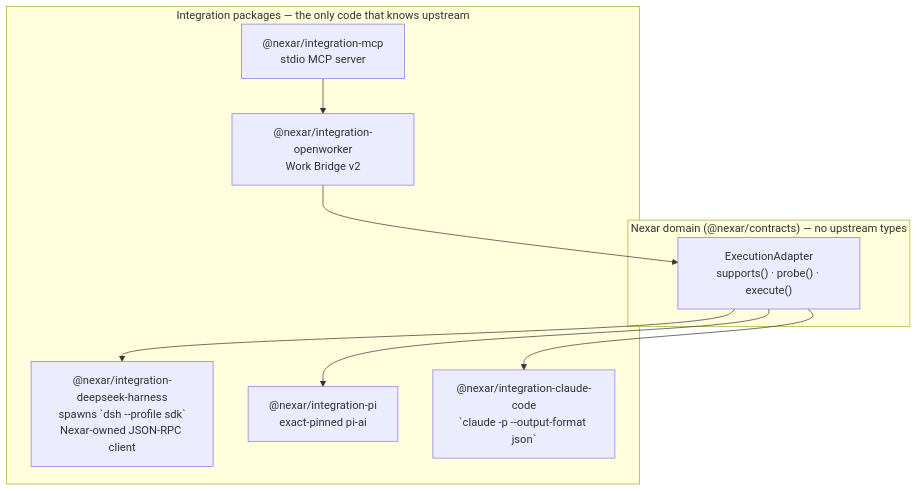
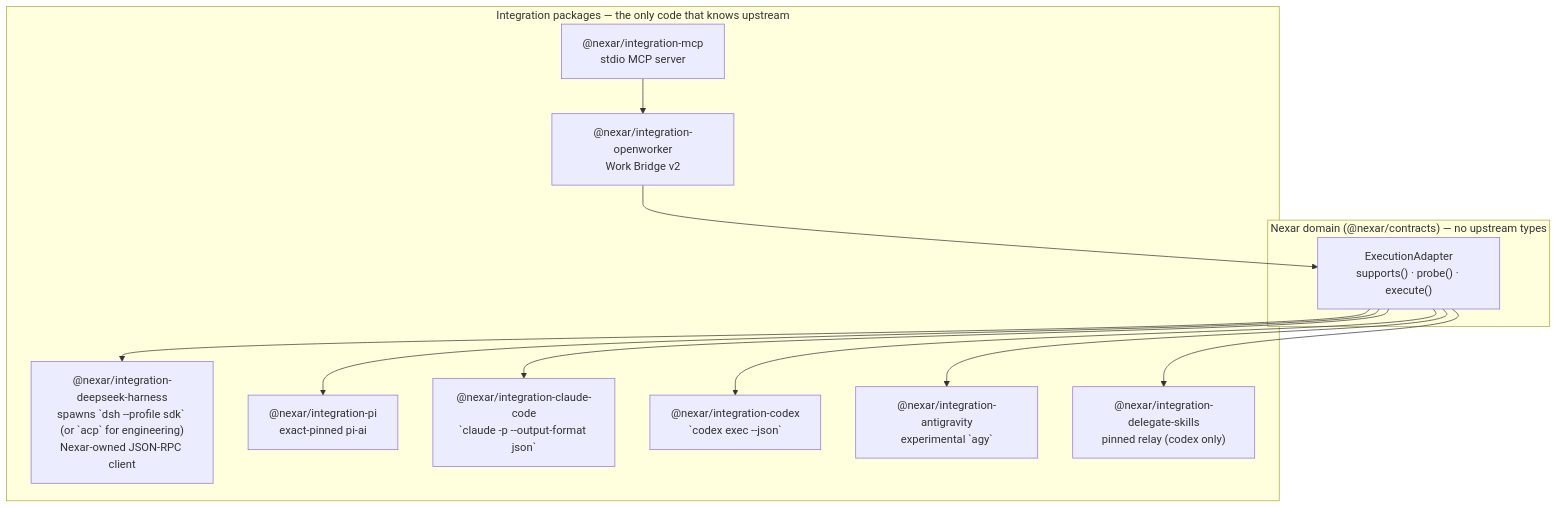
Before and after one commit to mohmedhat797/Nexar-Ai: the fifth of 7 diagrams in docs/architecture/overview.md, drawn with Mermaid. The commit also changed other lines of this file and 14 other files, not shown here.

````diff
--- a/docs/architecture/overview.md
+++ b/docs/architecture/overview.md
@@ -228,16 +228,19 @@
 ```mermaid
 flowchart TB
   subgraph Domain["Nexar domain (@nexar/contracts) — no upstream types"]
     EA["ExecutionAdapter<br/>supports() · probe() · execute()"]
   end
   subgraph ACL["Integration packages — the only code that knows upstream"]
-    DSHA["@nexar/integration-deepseek-harness<br/>spawns `dsh --profile sdk`<br/>Nexar-owned JSON-RPC client"]
+    DSHA["@nexar/integration-deepseek-harness<br/>spawns `dsh --profile sdk` (or `acp` for engineering)<br/>Nexar-owned JSON-RPC client"]
     PIA["@nexar/integration-pi<br/>exact-pinned pi-ai"]
     CCA["@nexar/integration-claude-code<br/>`claude -p --output-format json`"]
+    CXA["@nexar/integration-codex<br/>`codex exec --json`"]
+    AGA["@nexar/integration-antigravity<br/>experimental `agy`"]
+    DSK["@nexar/integration-delegate-skills<br/>pinned relay (codex only)"]
     OWB["@nexar/integration-openworker<br/>Work Bridge v2"]
     MCPA["@nexar/integration-mcp<br/>stdio MCP server"]
   end
-  EA --> DSHA & PIA & CCA
+  EA --> DSHA & PIA & CCA & CXA & AGA & DSK
   OWB --> EA
   MCPA --> OWB
 ```
````
